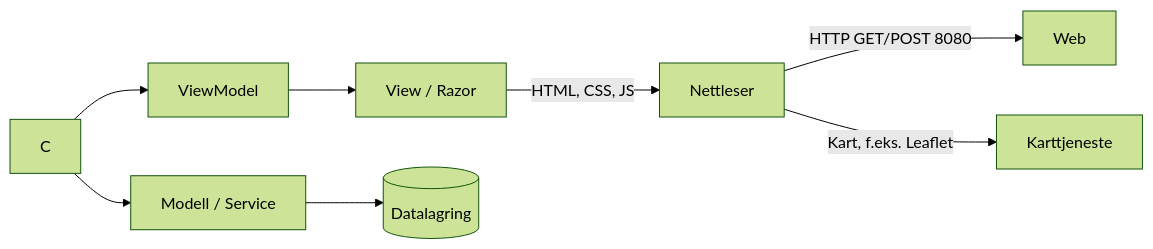
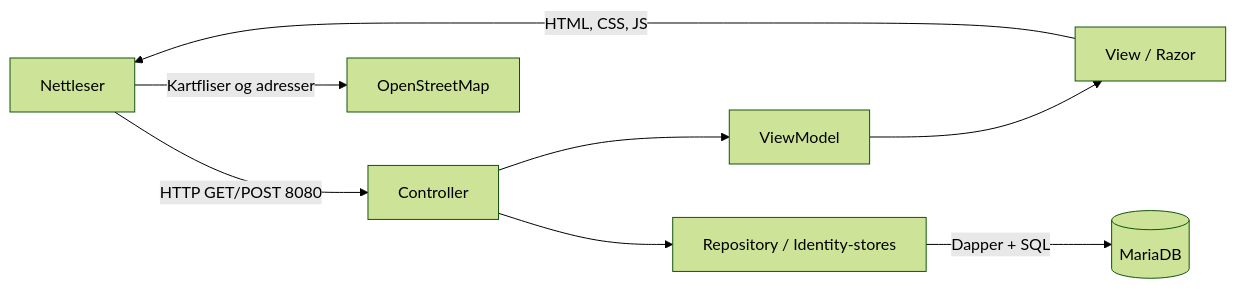
Before and after one commit to MahanBig/Semster3: the diagram in README.md, drawn with Mermaid (forest theme). The commit also changed other lines of this file and 50 other files, not shown here.

````diff
--- a/README.md
+++ b/README.md
@@ -79,10 +92,10 @@
 ```mermaid
 flowchart LR
-    B[Nettleser] -->|HTTP GET/POST 8080| Web     
+    B[Nettleser] -->|HTTP GET/POST 8080| C[Controller]
     C --> VM[ViewModel]
     VM --> V[View / Razor]
-    C --> M[Modell / Service]
-    M --> D[(Datalagring)]
     V -->|HTML, CSS, JS| B
-    B -->|Kart, f.eks. Leaflet| K[Karttjeneste]
+    C --> R[Repository / Identity-stores]
+    R -->|Dapper + SQL| D[(MariaDB)]
+    B -->|Kartfliser og adresser| K[OpenStreetMap]
 ```
````
